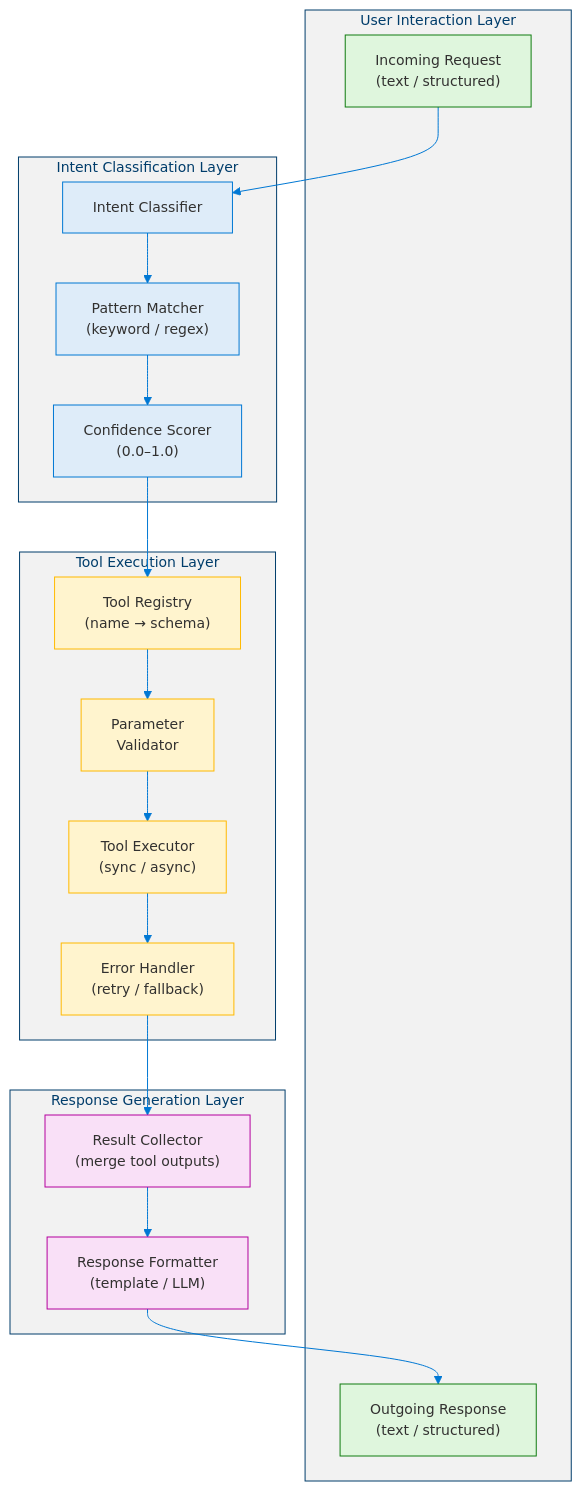
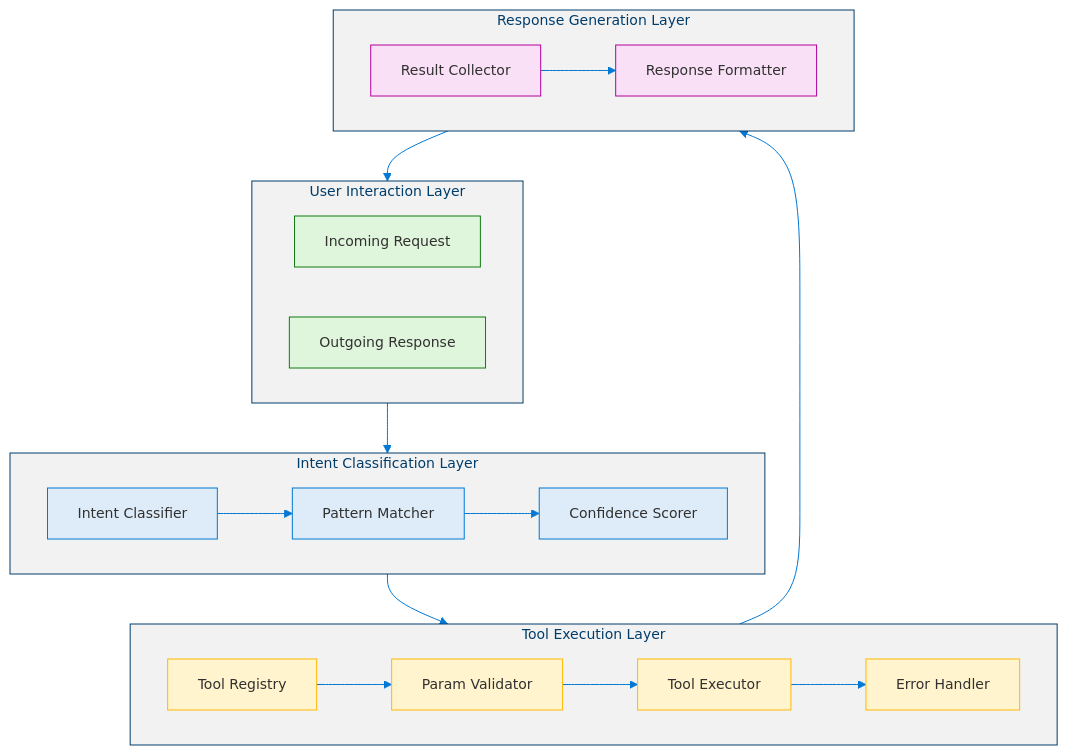
One commit to dotnetpower/mscp changed the second of 7 diagrams in docs/levels/Level_1_Tool_Agent.md. Above: the diagram before and after it, drawn with Mermaid. The commit also changed 10 other files, not shown here.

````diff
--- a/docs/levels/Level_1_Tool_Agent.md
+++ b/docs/levels/Level_1_Tool_Agent.md
@@ -127,43 +127,47 @@
 ```mermaid
 %%{init: {'theme': 'base', 'themeVariables': {'primaryColor': '#0078D4', 'primaryTextColor': '#003D6B', 'primaryBorderColor': '#003D6B', 'secondaryColor': '#50E6FF', 'secondaryTextColor': '#323130', 'secondaryBorderColor': '#00BCF2', 'tertiaryColor': '#F2F2F2', 'tertiaryTextColor': '#323130', 'lineColor': '#0078D4', 'textColor': '#323130', 'mainBkg': '#DEECF9', 'nodeBorder': '#0078D4', 'clusterBkg': '#F2F2F2', 'clusterBorder': '#003D6B', 'titleColor': '#003D6B', 'edgeLabelBackground': '#FFFFFF', 'fontSize': '14px'}}}%%
 flowchart TD
   classDef input fill:#107C10,stroke:#085108,color:#FFF
   classDef inputLight fill:#DFF6DD,stroke:#107C10,color:#323130
   classDef process fill:#0078D4,stroke:#003D6B,color:#FFF
   classDef processLight fill:#DEECF9,stroke:#0078D4,color:#323130
   classDef tool fill:#FFB900,stroke:#CC9400,color:#323130
   classDef toolLight fill:#FFF4CE,stroke:#FFB900,color:#323130
   classDef output fill:#B4009E,stroke:#8A0076,color:#FFF
   classDef outputLight fill:#F9E0F7,stroke:#B4009E,color:#323130
 
   subgraph UserLayer["User Interaction Layer"]
-    REQ["Incoming Request<br/>(text / structured)"]:::inputLight
-    RES["Outgoing Response<br/>(text / structured)"]:::inputLight
+    direction LR
+    REQ["Incoming Request"]:::inputLight
+    RES["Outgoing Response"]:::inputLight
   end
 
   subgraph IntentLayer["Intent Classification Layer"]
+    direction LR
     IC["Intent Classifier"]:::processLight
-    PT["Pattern Matcher<br/>(keyword / regex)"]:::processLight
-    CF["Confidence Scorer<br/>(0.0–1.0)"]:::processLight
+    PT["Pattern Matcher"]:::processLight
+    CF["Confidence Scorer"]:::processLight
     IC --> PT --> CF
   end
 
   subgraph ToolLayer["Tool Execution Layer"]
-    TR["Tool Registry<br/>(name → schema)"]:::toolLight
-    TV["Parameter<br/>Validator"]:::toolLight
-    TE["Tool Executor<br/>(sync / async)"]:::toolLight
-    EH["Error Handler<br/>(retry / fallback)"]:::toolLight
+    direction LR
+    TR["Tool Registry"]:::toolLight
+    TV["Param Validator"]:::toolLight
+    TE["Tool Executor"]:::toolLight
+    EH["Error Handler"]:::toolLight
     TR --> TV --> TE --> EH
   end
 
   subgraph ResponseLayer["Response Generation Layer"]
-    RC["Result Collector<br/>(merge tool outputs)"]:::outputLight
-    RF["Response Formatter<br/>(template / LLM)"]:::outputLight
+    direction LR
+    RC["Result Collector"]:::outputLight
+    RF["Response Formatter"]:::outputLight
     RC --> RF
   end
 
   REQ --> IC
   CF --> TR
   EH --> RC
   RF --> RES
 ```
````
